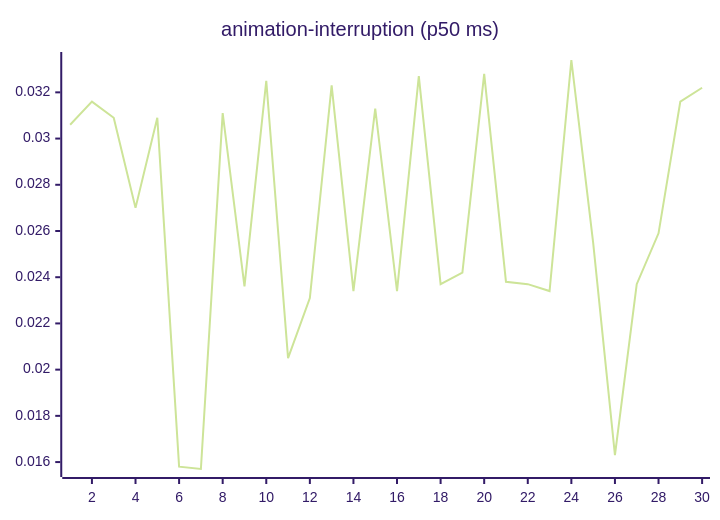
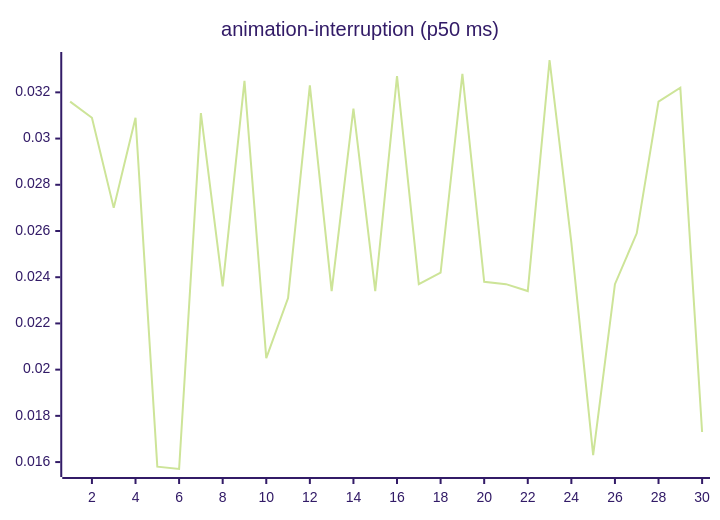
Before and after one commit to josha/Facet: the third of 27 diagrams in README.md, drawn with Mermaid (forest theme). The commit also changed other lines of this file and 2 other files, not shown here.

````diff
--- a/README.md
+++ b/README.md
@@ -77,6 +77,6 @@
 ```mermaid
 xychart-beta
     title "animation-interruption (p50 ms)"
     x-axis 1 --> 30
-    line [0.0306, 0.0316, 0.0309, 0.0270, 0.0309, 0.0158, 0.0157, 0.0311, 0.0236, 0.0325, 0.0205, 0.0231, 0.0323, 0.0234, 0.0313, 0.0234, 0.0327, 0.0237, 0.0242, 0.0328, 0.0238, 0.0237, 0.0234, 0.0334, 0.0255, 0.0163, 0.0237, 0.0259, 0.0316, 0.0322]
+    line [0.0316, 0.0309, 0.0270, 0.0309, 0.0158, 0.0157, 0.0311, 0.0236, 0.0325, 0.0205, 0.0231, 0.0323, 0.0234, 0.0313, 0.0234, 0.0327, 0.0237, 0.0242, 0.0328, 0.0238, 0.0237, 0.0234, 0.0334, 0.0255, 0.0163, 0.0237, 0.0259, 0.0316, 0.0322, 0.0173]
 ```
````
